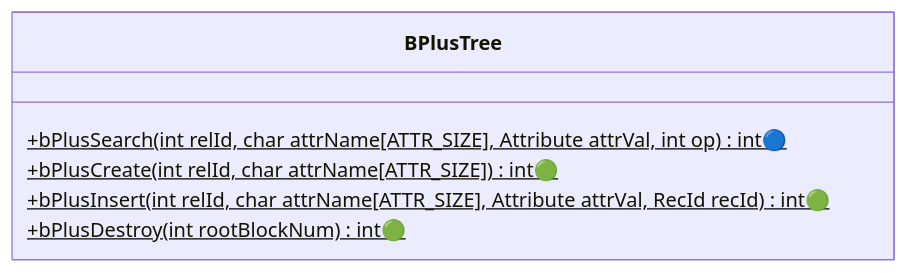
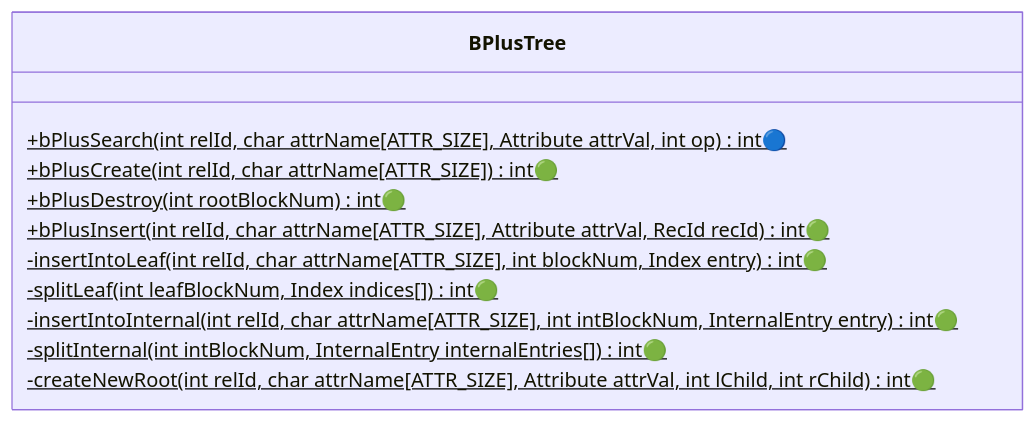
One commit to NITCbase/nitcbase.github.io changed the seventh of 7 diagrams in docs/Roadmap/Stage11.md. Above: the diagram before and after it, drawn with Mermaid. The commit also changed other lines of this file and 3 other files, not shown here.

````diff
--- a/docs/Roadmap/Stage11.md
+++ b/docs/Roadmap/Stage11.md
@@ -310,9 +310,14 @@
 ```mermaid
 classDiagram
   class BPlusTree{
     +bPlusSearch(int relId, char attrName[ATTR_SIZE], Attribute attrVal, int op)$ int🔵
     +bPlusCreate(int relId, char attrName[ATTR_SIZE])$ int🟢
+    +bPlusDestroy(int rootBlockNum)$ int🟢
     +bPlusInsert(int relId, char attrName[ATTR_SIZE], Attribute attrVal, RecId recId)$ int🟢
-    +bPlusDestroy(int rootBlockNum)$ int🟢
+    -insertIntoLeaf(int relId, char attrName[ATTR_SIZE], int blockNum, Index entry)$ int🟢
+    -splitLeaf(int leafBlockNum, Index indices[])$ int🟢
+    -insertIntoInternal(int relId, char attrName[ATTR_SIZE], int intBlockNum, InternalEntry entry)$ int🟢
+    -splitInternal(int intBlockNum, InternalEntry internalEntries[])$ int🟢
+    -createNewRoot(int relId, char attrName[ATTR_SIZE], Attribute attrVal, int lChild, int rChild)$ int🟢
   }
 ```
````
